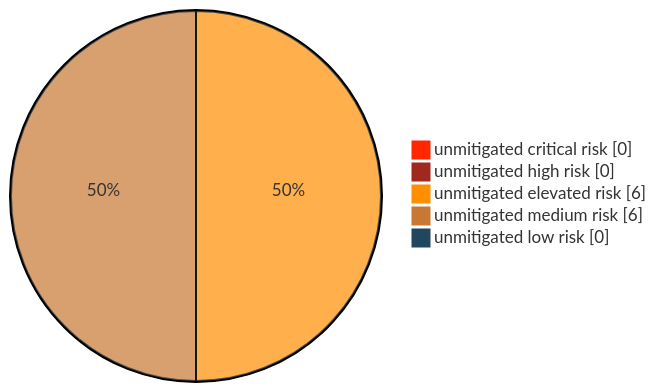
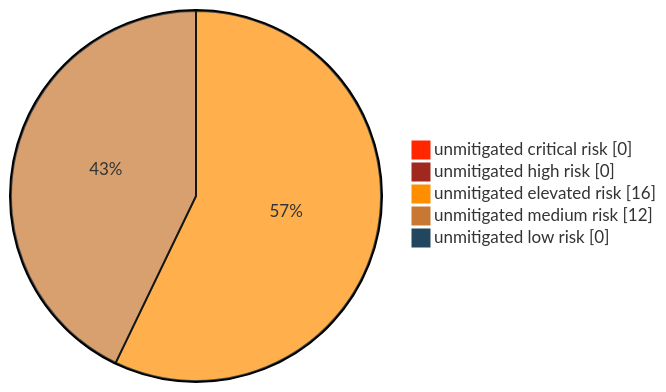
Before and after one commit to Luv1881/Threat-model: the first of 2 diagrams in threagile/output/linddun/adocReport/030_RiskMitigationStatus.adoc, drawn with Mermaid. The commit also changed other lines of this file and 312 other files, not shown here.

```diff
--- a/threagile/output/linddun/adocReport/030_RiskMitigationStatus.adoc
+++ b/threagile/output/linddun/adocReport/030_RiskMitigationStatus.adoc
@@ -75,10 +75,10 @@
 [mermaid]
 ....
 %%{init: {'pie' : {'textPosition' : 0.5}, 'theme': 'base', 'themeVariables': { 'pie1': '#FF2600', 'pie2': '#A0281E', 'pie3': '#FF8E00', 'pie4': '#C87832', 'pie5': '#23465F'}}}%%
 pie showData
   "unmitigated critical risk" : 0
   "unmitigated high risk" : 0
-  "unmitigated elevated risk" : 6
-  "unmitigated medium risk" : 6
+  "unmitigated elevated risk" : 16
+  "unmitigated medium risk" : 12
   "unmitigated low risk" : 0
 ....
```
